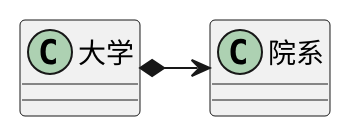
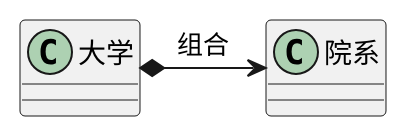
The diagram in DiveIntoDesignPatterns/uml/023.plantuml (zhengtong0898/books), drawn with PlantUML before and after one commit. The commit also changed 9 other files, not shown here.

```diff
--- a/DiveIntoDesignPatterns/uml/023.plantuml
+++ b/DiveIntoDesignPatterns/uml/023.plantuml
@@ -1,6 +1,6 @@
 @startuml "组合"
 class 大学 {}
 class 院系 {}
 
-大学 *-right-> 院系
+大学 *-right-> 院系: "组合"
 @enduml
```
